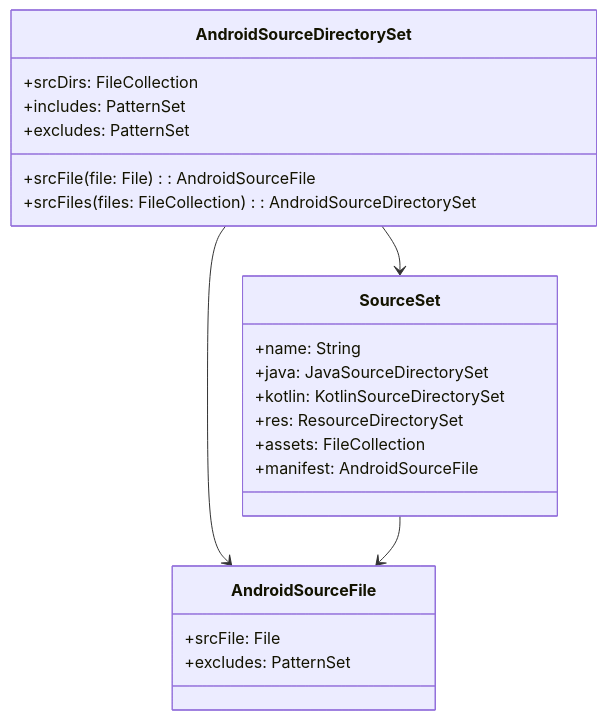
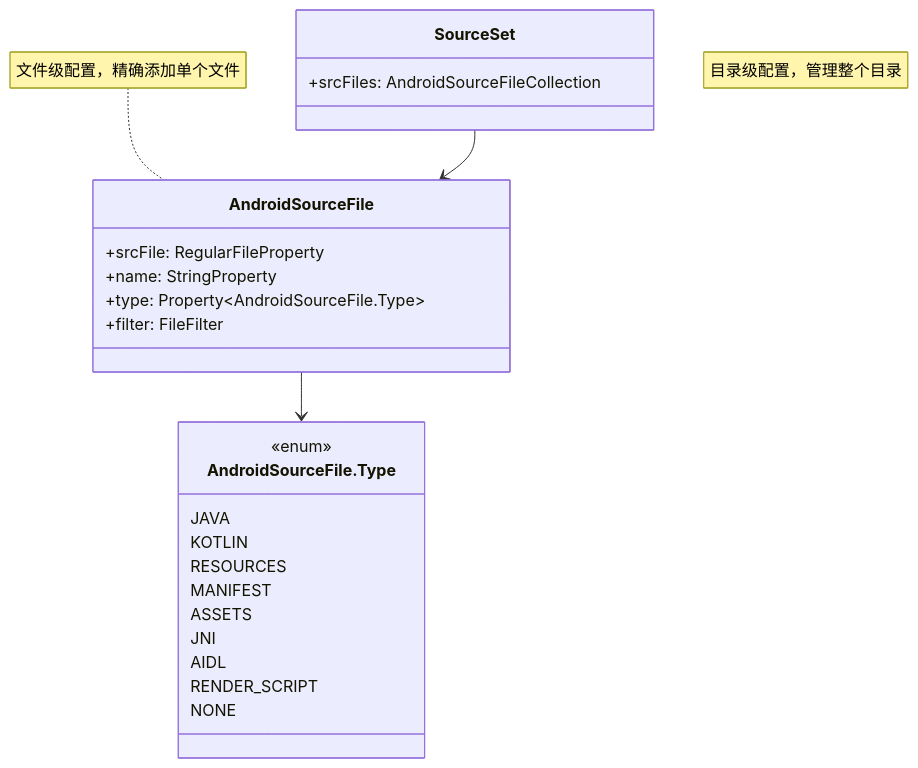
The third of 3 diagrams in AndroidDeveloperGuideStory/Contents/vol21/21.1.67 Android源文件.md (Carrie-L/carrie-l.github.io), drawn with Mermaid before and after one commit. The commit also changed other lines of this file, not shown here.

Commit message:
feat(chapter-21.1.67): Add AndroidSourceFile chapter with Gradle DSL configuration

````diff
--- a/AndroidDeveloperGuideStory/Contents/vol21/21.1.67 Android源文件.md
+++ b/AndroidDeveloperGuideStory/Contents/vol21/21.1.67 Android源文件.md
@@ -545,28 +546,32 @@
 ```mermaid
 classDiagram
-    class AndroidSourceDirectorySet {
-        +srcDirs: FileCollection
-        +includes: PatternSet
-        +excludes: PatternSet
-        +srcFile(file: File): AndroidSourceFile
-        +srcFiles(files: FileCollection): AndroidSourceDirectorySet
+    class AndroidSourceFile {
+        +srcFile: RegularFileProperty
+        +name: StringProperty
+        +type: Property~AndroidSourceFile.Type~
+        +filter: FileFilter
     }
     
-    class AndroidSourceFile {
-        +srcFile: File
-        +excludes: PatternSet
+    class AndroidSourceFile.Type {
+        <<enum>>
+        JAVA
+        KOTLIN
+        RESOURCES
+        MANIFEST
+        ASSETS
+        JNI
+        AIDL
+        RENDER_SCRIPT
+        NONE
     }
     
     class SourceSet {
-        +name: String
-        +java: JavaSourceDirectorySet
-        +kotlin: KotlinSourceDirectorySet
-        +res: ResourceDirectorySet
-        +assets: FileCollection
-        +manifest: AndroidSourceFile
+        +srcFiles: AndroidSourceFileCollection
     }
     
-    AndroidSourceDirectorySet --> AndroidSourceFile
-    AndroidSourceDirectorySet --> SourceSet
+    AndroidSourceFile --> AndroidSourceFile.Type
     SourceSet --> AndroidSourceFile
+    
+    note for AndroidSourceFile "文件级配置，精确添加单个文件"
+    note for AndroidSourceDirectorySet "目录级配置，管理整个目录"
 ```
````
